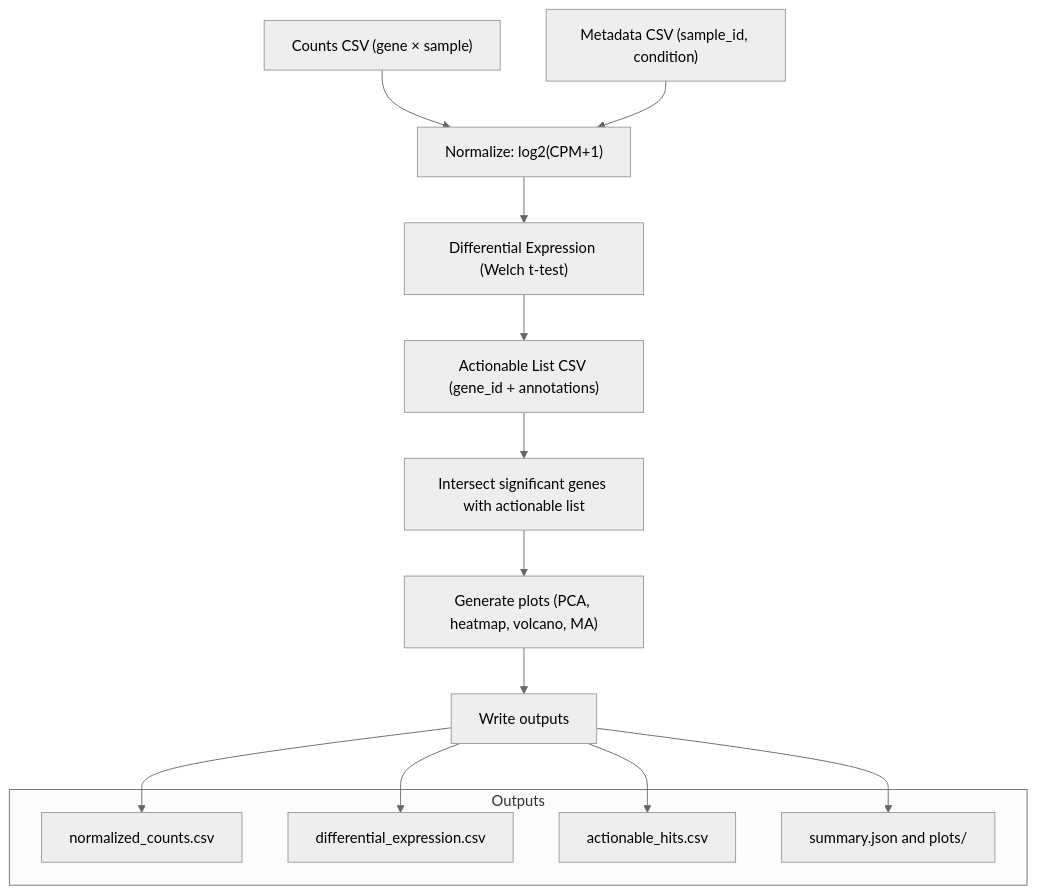
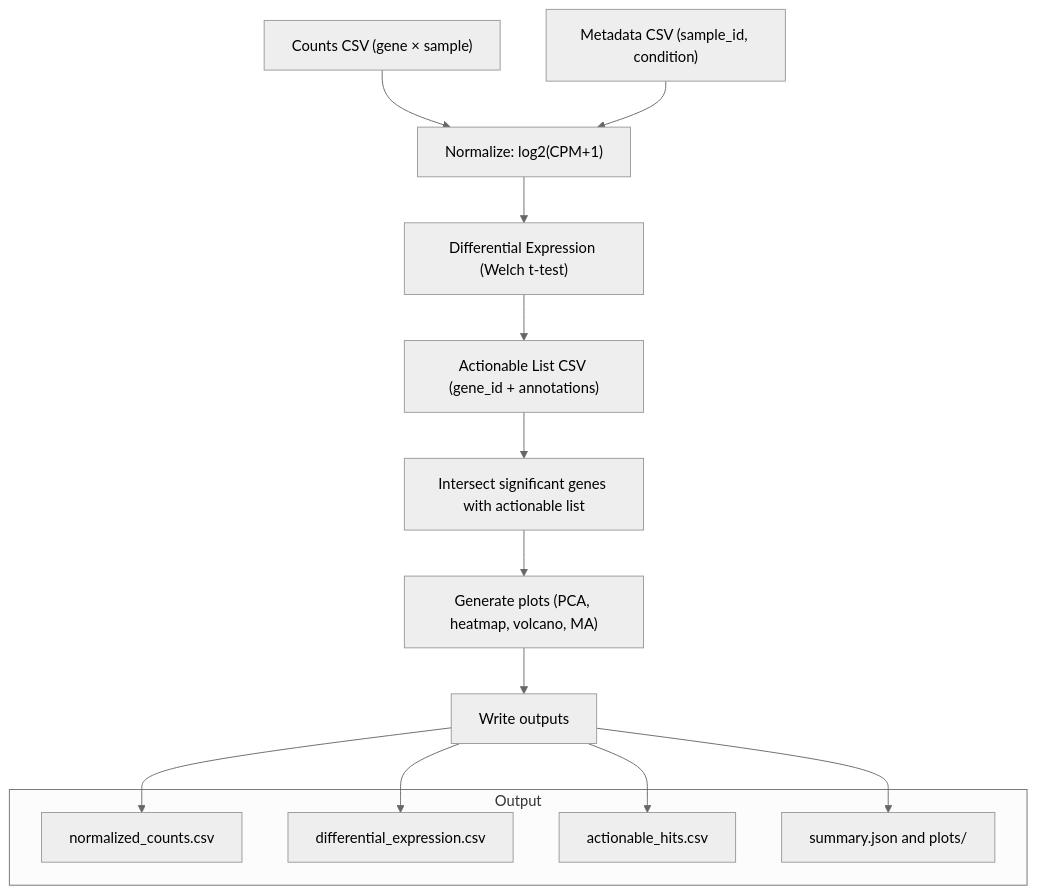
Before and after one commit to PawnChessmon/CSV_to_Actionable_Insights: the diagram in README.md, drawn with Mermaid (neutral theme).

Commit message:
Fix subgraph title in README.md

````diff
--- a/README.md
+++ b/README.md
@@ -6,23 +6,23 @@
 ```mermaid
 flowchart TD
   A["Counts CSV (gene × sample)"] --> B["Normalize: log2(CPM+1)"]
   A2["Metadata CSV (sample_id, condition)"] --> B
   B --> C["Differential Expression (Welch t-test)"]
   C --> D["Actionable List CSV (gene_id + annotations)"]
   D --> E["Intersect significant genes with actionable list"]
   E --> F["Generate plots (PCA, heatmap, volcano, MA)"]
   F --> G["Write outputs"]
       
-  subgraph Outputs
+  subgraph Output
     G1["normalized_counts.csv"]
     G2["differential_expression.csv"]
     G3["actionable_hits.csv"]
     G4["summary.json and plots/"]
   end
   
   G --> G1
   G --> G2
   G --> G3
   G --> G4
 
 ```
````
